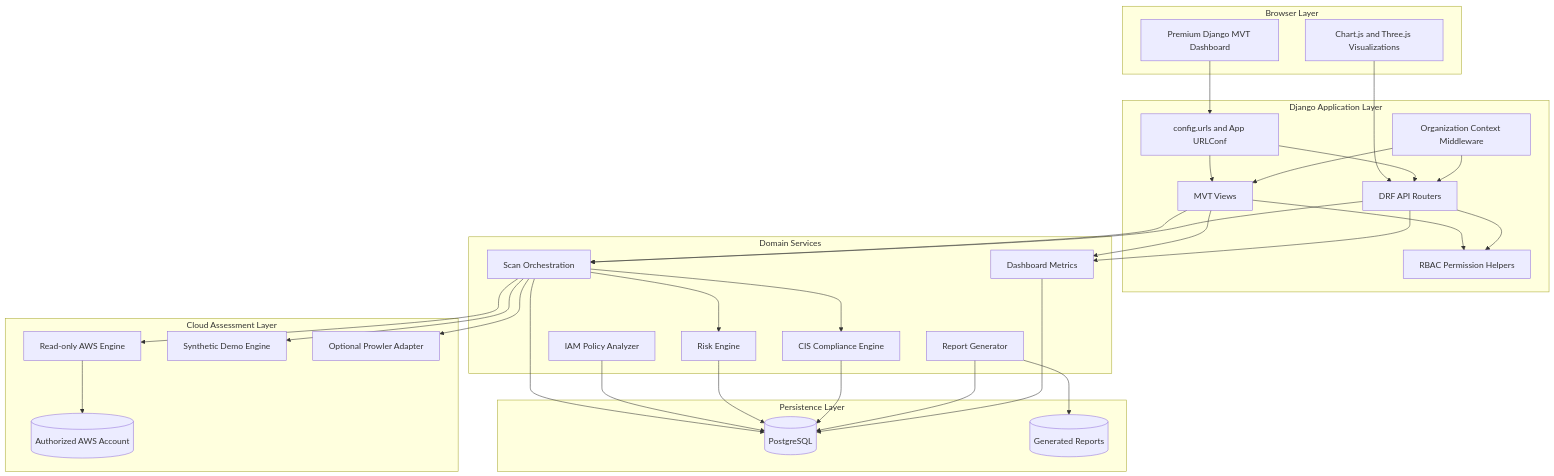
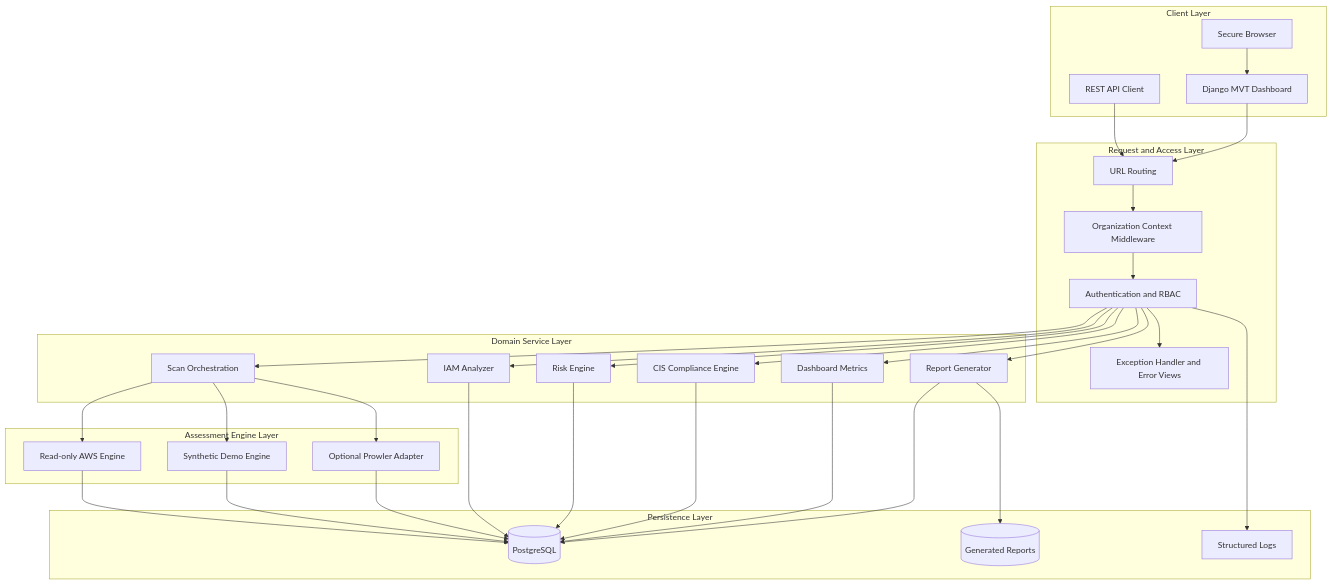
The first of 13 diagrams in clous-sentry/README.md (Njbalamani/Cloud-Sentry), drawn with Mermaid before and after one commit. The commit also changed other lines of this file and 1 other file, not shown here.

````diff
--- a/clous-sentry/README.md
+++ b/clous-sentry/README.md
@@ -53,62 +101,62 @@
 ```mermaid
 flowchart TB
-    subgraph BrowserLayer[Browser Layer]
-        UI[Premium Django MVT Dashboard]
-        JS[Chart.js and Three.js Visualizations]
+    subgraph CLIENT["Client Layer"]
+        BROWSER["Secure Browser"]
+        MVTUI["Django MVT Dashboard"]
+        APICLIENT["REST API Client"]
     end
 
-    subgraph ApplicationLayer[Django Application Layer]
-        URLS[config.urls and App URLConf]
-        VIEWS[MVT Views]
-        API[DRF API Routers]
-        MW[Organization Context Middleware]
-        PERM[RBAC Permission Helpers]
+    subgraph REQUEST["Request and Access Layer"]
+        URLS["URL Routing"]
+        MIDDLEWARE["Organization Context Middleware"]
+        AUTH["Authentication and RBAC"]
+        ERRORS["Exception Handler and Error Views"]
     end
 
-    subgraph DomainLayer[Domain Services]
-        SCAN[Scan Orchestration]
-        IAM[IAM Policy Analyzer]
-        RISK[Risk Engine]
-        COMP[CIS Compliance Engine]
-        REPORT[Report Generator]
-        METRIC[Dashboard Metrics]
+    subgraph DOMAIN["Domain Service Layer"]
+        SCAN["Scan Orchestration"]
+        IAM["IAM Analyzer"]
+        RISK["Risk Engine"]
+        COMP["CIS Compliance Engine"]
+        REPORT["Report Generator"]
+        METRIC["Dashboard Metrics"]
     end
 
-    subgraph DataLayer[Persistence Layer]
-        DB[(PostgreSQL)]
-        FILES[(Generated Reports)]
+    subgraph ASSESSMENT["Assessment Engine Layer"]
+        AWSENGINE["Read-only AWS Engine"]
+        DEMOENGINE["Synthetic Demo Engine"]
+        PROWLERENGINE["Optional Prowler Adapter"]
     end
 
-    subgraph CloudLayer[Cloud Assessment Layer]
-        AWSENGINE[Read-only AWS Engine]
-        DEMOENGINE[Synthetic Demo Engine]
-        PROWLER[Optional Prowler Adapter]
-        AWS[(Authorized AWS Account)]
+    subgraph DATA["Persistence Layer"]
+        DB[("PostgreSQL")]
+        MEDIA[("Generated Reports")]
+        LOGS["Structured Logs"]
     end
 
-    UI --> URLS
-    JS --> API
-    URLS --> VIEWS
-    URLS --> API
-    MW --> VIEWS
-    MW --> API
-    VIEWS --> PERM
-    API --> PERM
-    VIEWS --> SCAN
-    VIEWS --> METRIC
-    API --> SCAN
-    API --> METRIC
+    BROWSER --> MVTUI
+    APICLIENT --> URLS
+    MVTUI --> URLS
+    URLS --> MIDDLEWARE
+    MIDDLEWARE --> AUTH
+    AUTH --> SCAN
+    AUTH --> IAM
+    AUTH --> RISK
+    AUTH --> COMP
+    AUTH --> REPORT
+    AUTH --> METRIC
+    AUTH --> ERRORS
     SCAN --> AWSENGINE
     SCAN --> DEMOENGINE
-    SCAN --> PROWLER
-    AWSENGINE --> AWS
-    SCAN --> RISK
-    SCAN --> COMP
-    REPORT --> FILES
-    SCAN --> DB
+    SCAN --> PROWLERENGINE
+    AWSENGINE --> DB
+    DEMOENGINE --> DB
+    PROWLERENGINE --> DB
     IAM --> DB
     RISK --> DB
     COMP --> DB
+    METRIC --> DB
     REPORT --> DB
-    METRIC --> DB
+    REPORT --> MEDIA
+    AUTH --> LOGS
 ```
````
